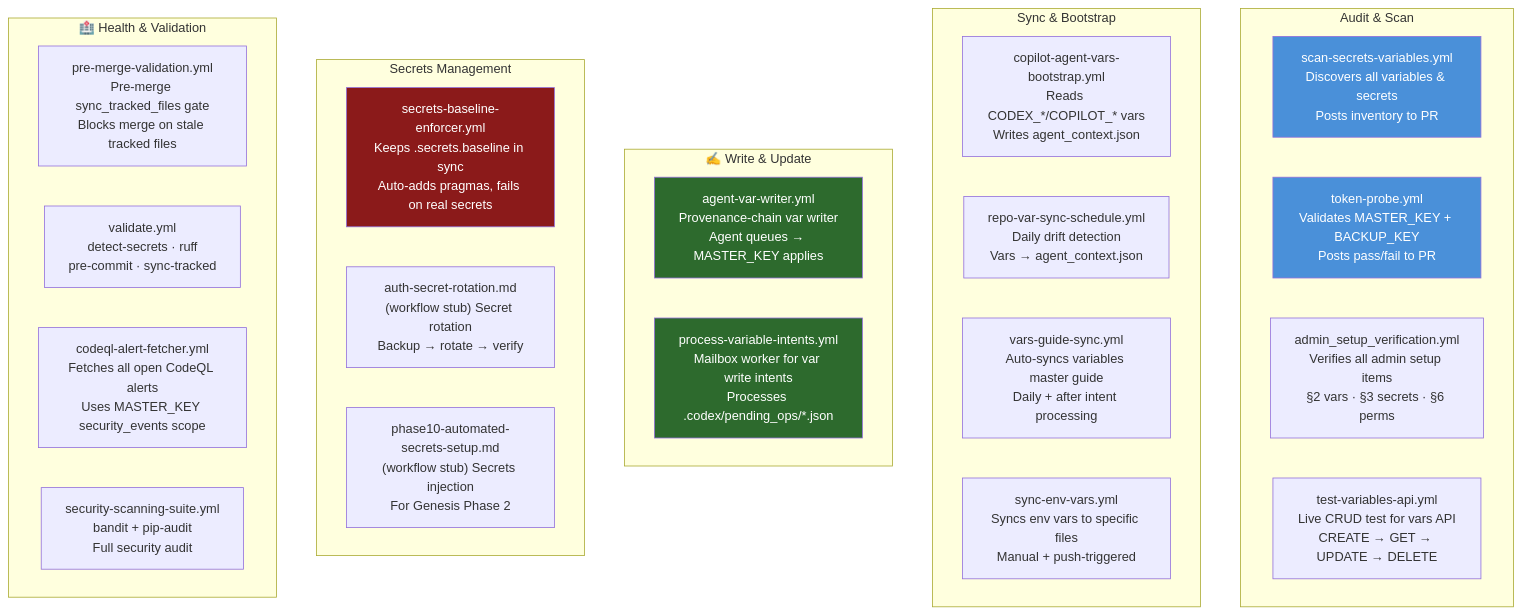
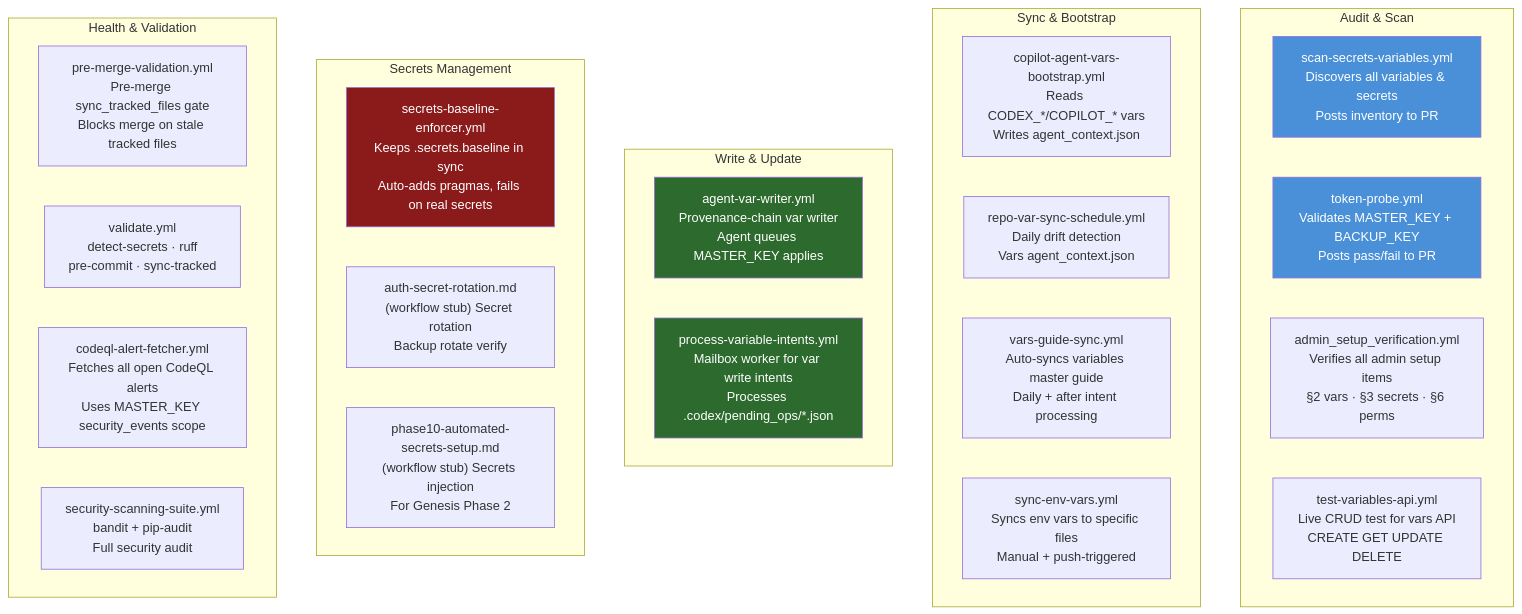
Before and after one commit to Aries-Serpent/_codex_: diagram 16 of 19 in docs/reference/ELEVATED_PRIVILEGES_TOKEN_REVIEW.md, drawn with Mermaid. The commit also changed other lines of this file and 4117 other files, not shown here.

````diff
--- a/docs/reference/ELEVATED_PRIVILEGES_TOKEN_REVIEW.md
+++ b/docs/reference/ELEVATED_PRIVILEGES_TOKEN_REVIEW.md
@@ -1768,41 +1838,42 @@
 ```mermaid
 %%{init: {'accessibility': {'title': 'Diagram showing "scan-secrets-variables.yml\nDiscovers all variables & secrets\nPosts inventory to PR", "token-probe.yml\nValidates MASTER_KEY + BACKUP_KEY\nPosts pass/fail to PR"'}}%%
+
 graph TB
-    subgraph " Audit & Scan"
-        W1["scan-secrets-variables.yml\nDiscovers all variables & secrets\nPosts inventory to PR"]
-        W2["token-probe.yml\nValidates MASTER_KEY + BACKUP_KEY\nPosts pass/fail to PR"]
-        W3["admin_setup_verification.yml\nVerifies all admin setup items\n§2 vars · §3 secrets · §6 perms"]
-        W4["test-variables-api.yml\nLive CRUD test for vars API\nCREATE → GET → UPDATE → DELETE"]
-    end
+ subgraph " Audit & Scan"
+ W1["scan-secrets-variables.yml\nDiscovers all variables & secrets\nPosts inventory to PR"]
+ W2["token-probe.yml\nValidates MASTER_KEY + BACKUP_KEY\nPosts pass/fail to PR"]
+ W3["admin_setup_verification.yml\nVerifies all admin setup items\n§2 vars · §3 secrets · §6 perms"]
+ W4["test-variables-api.yml\nLive CRUD test for vars API\nCREATE GET UPDATE DELETE"]
+ end
 
-    subgraph " Sync & Bootstrap"
-        W5["copilot-agent-vars-bootstrap.yml\nReads CODEX_*/COPILOT_* vars\nWrites agent_context.json"]
-        W6["repo-var-sync-schedule.yml\nDaily drift detection\nVars → agent_context.json"]
-        W7["vars-guide-sync.yml\nAuto-syncs variables master guide\nDaily + after intent processing"]
-        W8["sync-env-vars.yml\nSyncs env vars to specific files\nManual + push-triggered"]
-    end
+ subgraph " Sync & Bootstrap"
+ W5["copilot-agent-vars-bootstrap.yml\nReads CODEX_*/COPILOT_* vars\nWrites agent_context.json"]
+ W6["repo-var-sync-schedule.yml\nDaily drift detection\nVars agent_context.json"]
+ W7["vars-guide-sync.yml\nAuto-syncs variables master guide\nDaily + after intent processing"]
+ W8["sync-env-vars.yml\nSyncs env vars to specific files\nManual + push-triggered"]
+ end
 
-    subgraph "✍️ Write & Update"
-        W9["agent-var-writer.yml\nProvenance-chain var writer\nAgent queues → MASTER_KEY applies"]
-        W10["process-variable-intents.yml\nMailbox worker for var write intents\nProcesses .codex/pending_ops/*.json"]
-    end
+ subgraph " Write & Update"
+ W9["agent-var-writer.yml\nProvenance-chain var writer\nAgent queues MASTER_KEY applies"]
+ W10["process-variable-intents.yml\nMailbox worker for var write intents\nProcesses .codex/pending_ops/*.json"]
+ end
 
-    subgraph " Secrets Management"
-        W11["secrets-baseline-enforcer.yml\nKeeps .secrets.baseline in sync\nAuto-adds pragmas, fails on real secrets"]
-        W12["auth-secret-rotation.md\n(workflow stub) Secret rotation\nBackup → rotate → verify"]
-        W13["phase10-automated-secrets-setup.md\n(workflow stub) Secrets injection\nFor Genesis Phase 2"]
-    end
+ subgraph " Secrets Management"
+ W11["secrets-baseline-enforcer.yml\nKeeps .secrets.baseline in sync\nAuto-adds pragmas, fails on real secrets"]
+ W12["auth-secret-rotation.md\n(workflow stub) Secret rotation\nBackup rotate verify"]
+ W13["phase10-automated-secrets-setup.md\n(workflow stub) Secrets injection\nFor Genesis Phase 2"]
+ end
 
-    subgraph "🏥 Health & Validation"
-        W14["pre-merge-validation.yml\nPre-merge sync_tracked_files gate\nBlocks merge on stale tracked files"]
-        W15["validate.yml\ndetect-secrets · ruff\npre-commit · sync-tracked"]
-        W16["codeql-alert-fetcher.yml\nFetches all open CodeQL alerts\nUses MASTER_KEY security_events scope"]
-        W17["security-scanning-suite.yml\nbandit + pip-audit\nFull security audit"]
-    end
+ subgraph " Health & Validation"
+ W14["pre-merge-validation.yml\nPre-merge sync_tracked_files gate\nBlocks merge on stale tracked files"]
+ W15["validate.yml\ndetect-secrets · ruff\npre-commit · sync-tracked"]
+ W16["codeql-alert-fetcher.yml\nFetches all open CodeQL alerts\nUses MASTER_KEY security_events scope"]
+ W17["security-scanning-suite.yml\nbandit + pip-audit\nFull security audit"]
+ end
 
-    style W1 fill:#4a90d9,color:#fff
-    style W2 fill:#4a90d9,color:#fff
-    style W9 fill:#2d6a2d,color:#fff
-    style W10 fill:#2d6a2d,color:#fff
-    style W11 fill:#8b1a1a,color:#fff
+ style W1 fill:#4a90d9,color:#fff
+ style W2 fill:#4a90d9,color:#fff
+ style W9 fill:#2d6a2d,color:#fff
+ style W10 fill:#2d6a2d,color:#fff
+ style W11 fill:#8b1a1a,color:#fff
 ```
````
